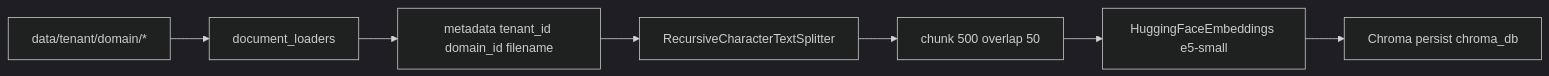
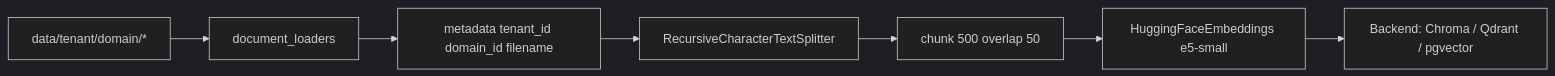
Before and after one commit to kantik001/grounded-llm: the diagram in docs/en/knowledge-base/rag-vector_store.md, drawn with Mermaid (dark theme). The commit also changed other lines of this file and 65 other files, not shown here.

````diff
--- a/docs/en/knowledge-base/rag-vector_store.md
+++ b/docs/en/knowledge-base/rag-vector_store.md
@@ -18,9 +19,9 @@
 ```mermaid
 flowchart LR
     A[data/tenant/domain/*] --> B[document_loaders]
     B --> C[metadata tenant_id domain_id filename]
     C --> D[RecursiveCharacterTextSplitter]
     D --> E[chunk 500 overlap 50]
     E --> F[HuggingFaceEmbeddings e5-small]
-    F --> G[Chroma persist chroma_db]
+    F --> G[Backend: Chroma / Qdrant / pgvector]
 ```
````
